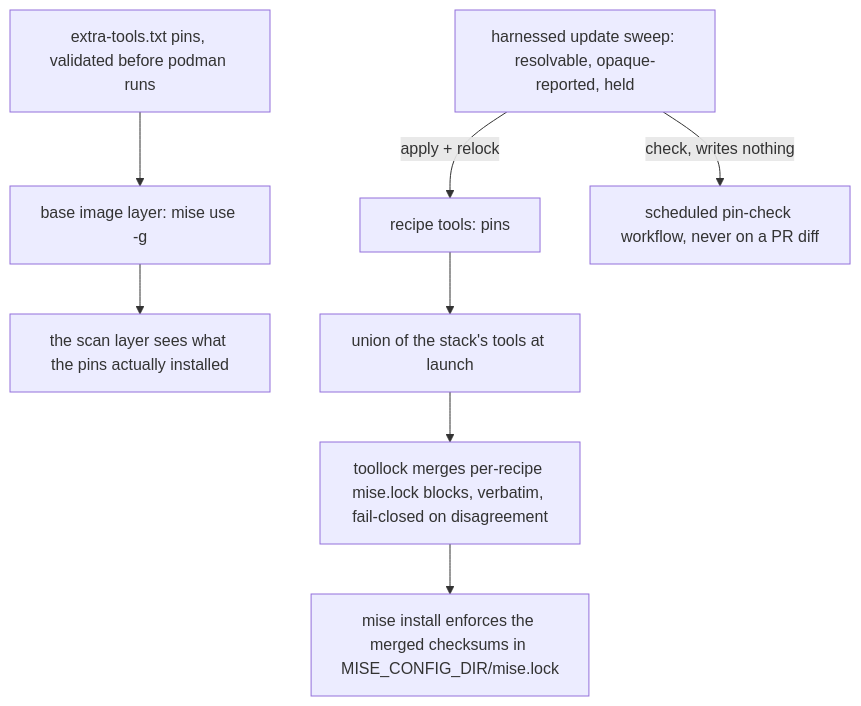
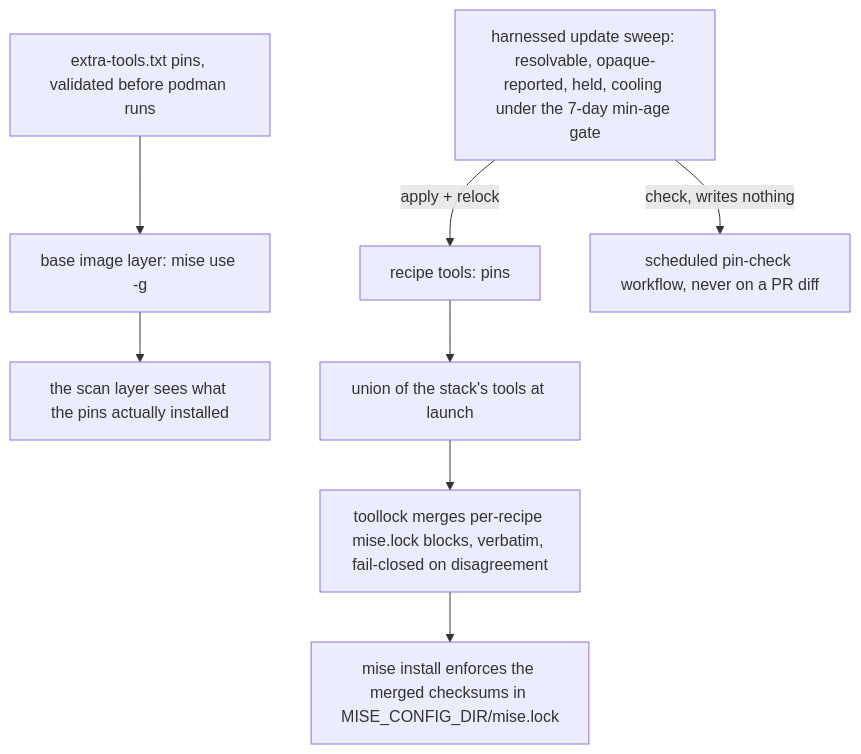
The first of 3 diagrams in openwiki/operations/supply-chain.md (drmikecrowe/harnessed), drawn with Mermaid before and after one commit. The commit also changed other lines of this file and 32 other files, not shown here.

````diff
--- a/openwiki/operations/supply-chain.md
+++ b/openwiki/operations/supply-chain.md
@@ -214,10 +278,10 @@
 ```mermaid
 flowchart TD
     R["recipe tools: pins"] --> U["union of the stack's tools at launch"]
     E["extra-tools.txt pins, validated before podman runs"] --> B["base image layer: mise use -g"]
     U --> L["toollock merges per-recipe mise.lock blocks, verbatim, fail-closed on disagreement"]
     L --> MI["mise install enforces the merged checksums in MISE_CONFIG_DIR/mise.lock"]
     B --> SCAN["the scan layer sees what the pins actually installed"]
-    SW["harnessed update sweep: resolvable, opaque-reported, held"] -->|"apply + relock"| R
+    SW["harnessed update sweep: resolvable, opaque-reported, held, cooling under the 7-day min-age gate"] -->|"apply + relock"| R
     SW -->|"check, writes nothing"| CI["scheduled pin-check workflow, never on a PR diff"]
 ```
````
